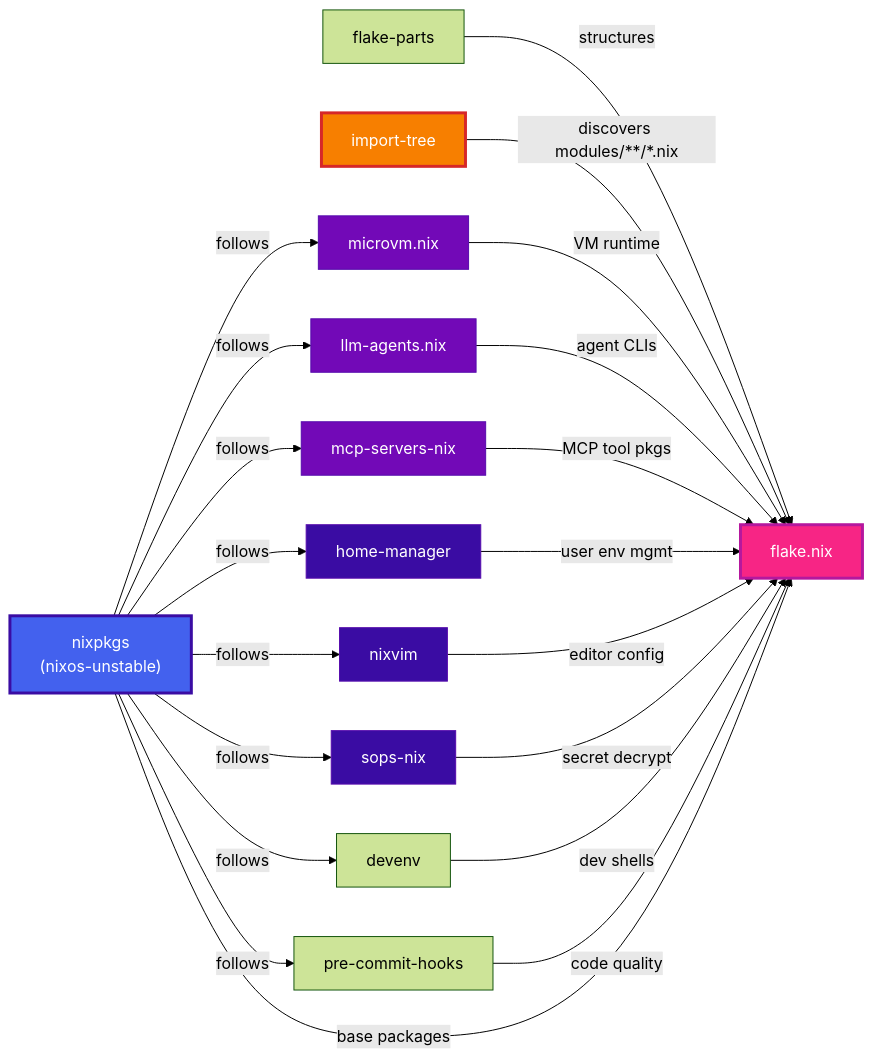
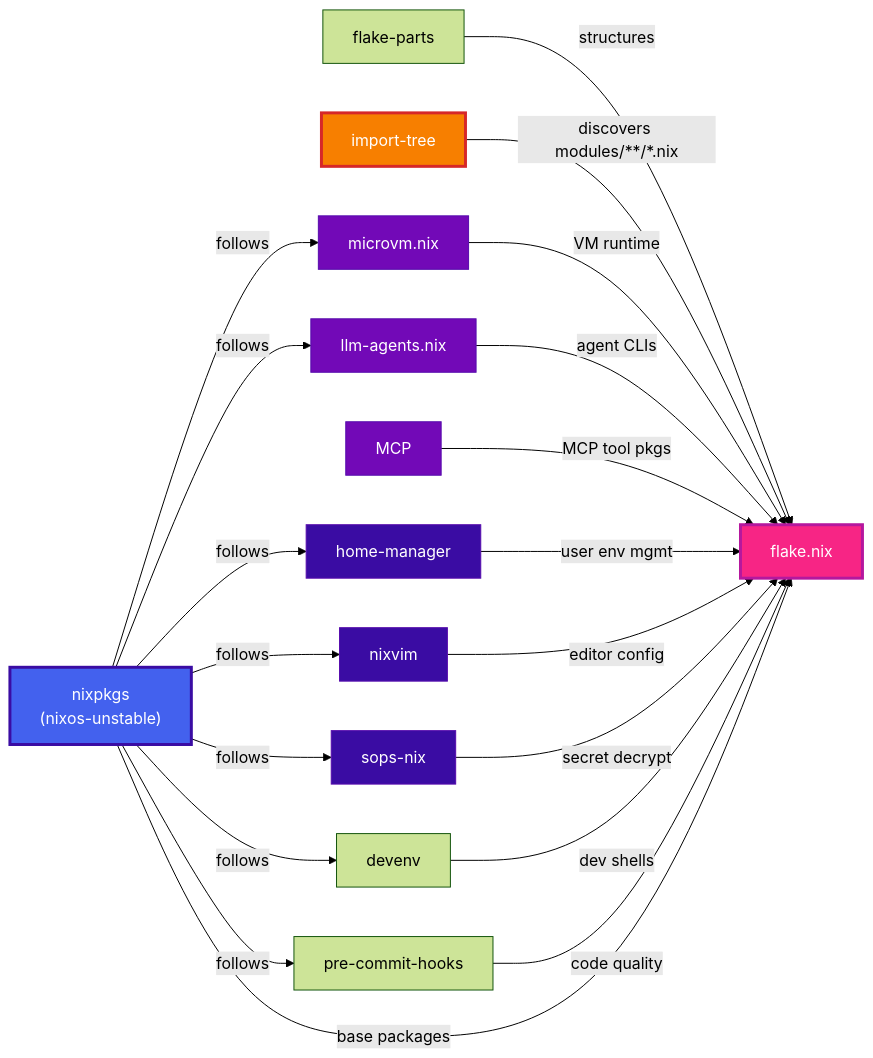
The first of 5 diagrams in docs/architecture.md (tenarches/nix-permafrost), drawn with Mermaid (forest theme) before and after one commit. The commit also changed other lines of this file and 7 other files, not shown here.

````diff
--- a/docs/architecture.md
+++ b/docs/architecture.md
@@ -11,36 +11,35 @@
 ```mermaid
 graph LR
     NIXPKGS["nixpkgs<br/>(nixos-unstable)"]
     IT["import-tree"]
 
     FP["flake-parts"] -->|structures| FLAKE["flake.nix"]
     IT -->|"discovers modules/**/*.nix"| FLAKE
     NIXPKGS -->|follows| MVM["microvm.nix"]
     NIXPKGS -->|follows| LLM["llm-agents.nix"]
-    NIXPKGS -->|follows| MCP["mcp-servers-nix"]
     NIXPKGS -->|follows| HM["home-manager"]
     NIXPKGS -->|follows| NV["nixvim"]
     NIXPKGS -->|follows| SOPS["sops-nix"]
     NIXPKGS -->|follows| DEV["devenv"]
     NIXPKGS -->|follows| PCH["pre-commit-hooks"]
 
     MVM -->|"VM runtime"| FLAKE
     LLM -->|"agent CLIs"| FLAKE
     MCP -->|"MCP tool pkgs"| FLAKE
     HM -->|"user env mgmt"| FLAKE
     NV -->|"editor config"| FLAKE
     SOPS -->|"secret decrypt"| FLAKE
     DEV -->|"dev shells"| FLAKE
     PCH -->|"code quality"| FLAKE
     NIXPKGS -->|"base packages"| FLAKE
 
     style NIXPKGS fill:#4361ee,stroke:#3a0ca3,color:#fff,stroke-width:3px
     style IT fill:#f77f00,stroke:#d62828,color:#fff,stroke-width:3px
     style FLAKE fill:#f72585,stroke:#b5179e,color:#fff,stroke-width:3px
     style MVM fill:#7209b7,stroke:#560bad,color:#fff
     style LLM fill:#7209b7,stroke:#560bad,color:#fff
     style MCP fill:#7209b7,stroke:#560bad,color:#fff
     style HM fill:#3a0ca3,stroke:#560bad,color:#fff
     style NV fill:#3a0ca3,stroke:#560bad,color:#fff
     style SOPS fill:#3a0ca3,stroke:#560bad,color:#fff
 ```
````
